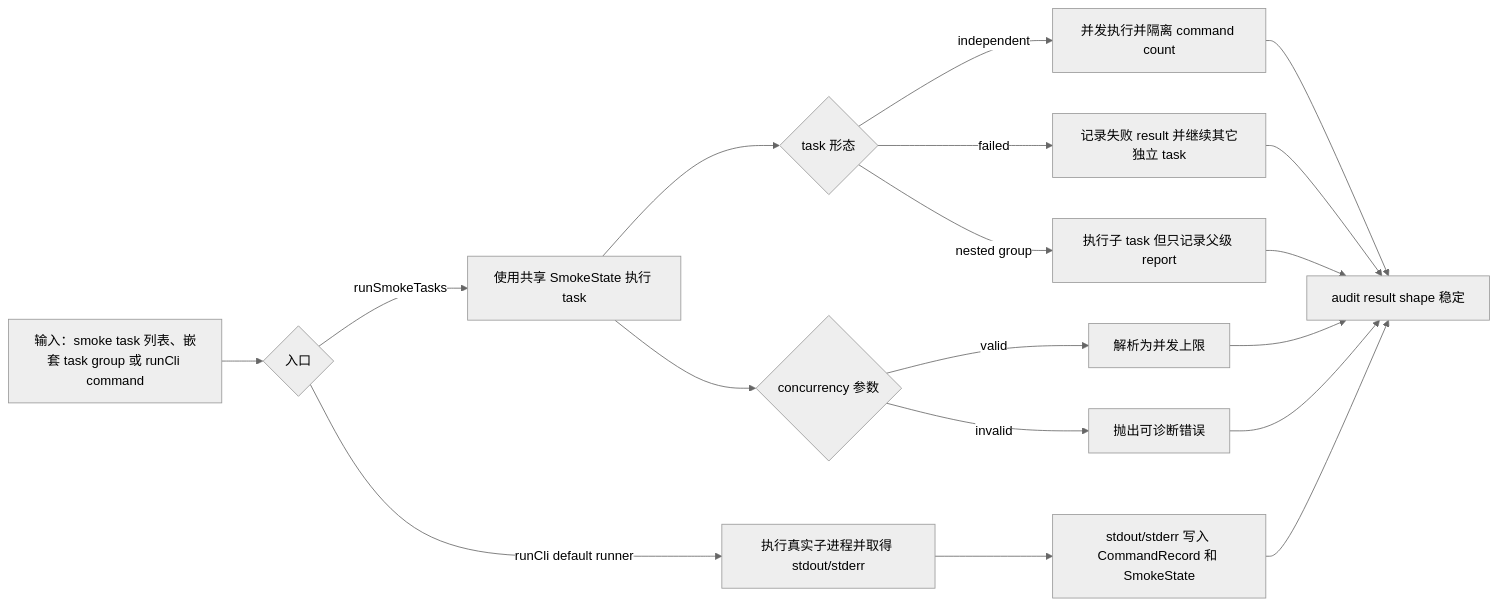
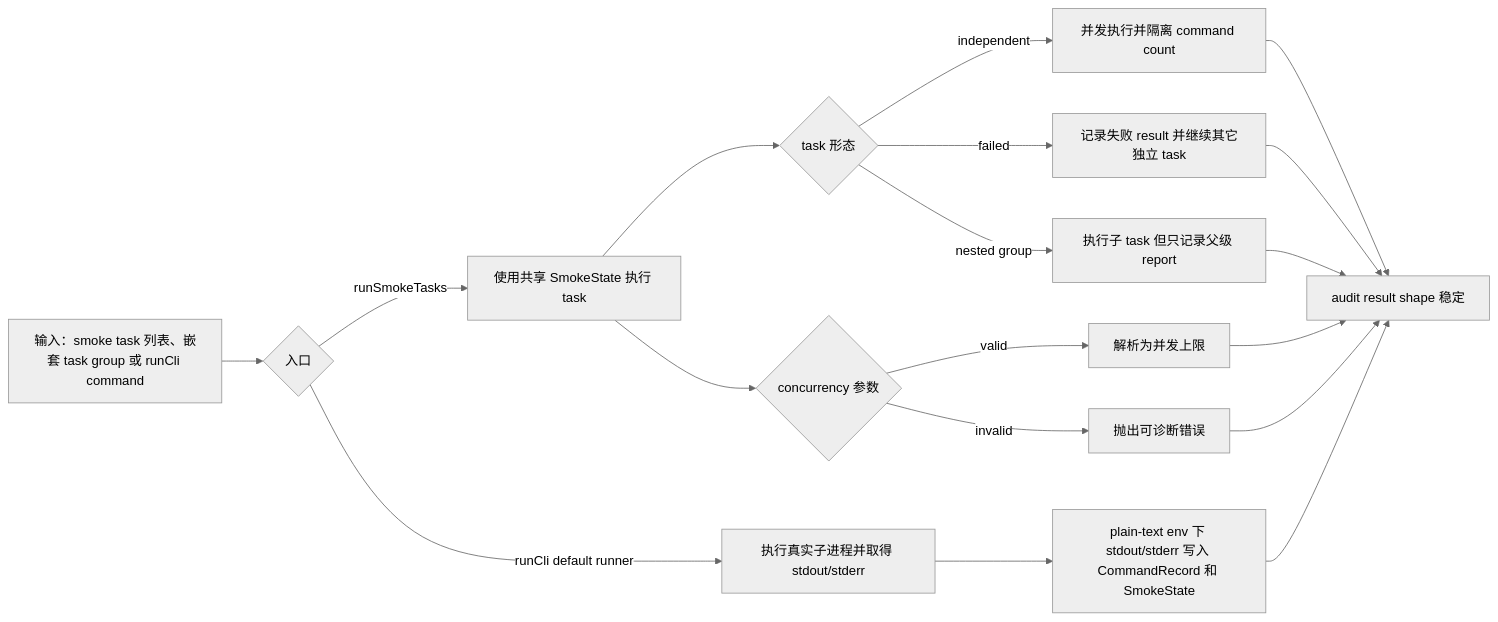
The fifth of 8 diagrams in docs/testing/cases.md (zxyycom/docnav), drawn with Mermaid (neutral theme) before and after one commit. The commit also changed other lines of this file and 3 other files, not shown here.

````diff
--- a/docs/testing/cases.md
+++ b/docs/testing/cases.md
@@ -830,20 +830,20 @@
 ```mermaid
 flowchart LR
   A["输入：smoke task 列表、嵌套 task group 或 runCli command"] --> B{"入口"}
   B -->|"runSmokeTasks"| C["使用共享 SmokeState 执行 task"]
   B -->|"runCli default runner"| K["执行真实子进程并取得 stdout/stderr"]
   C --> D{"task 形态"}
   D -->|"independent"| E["并发执行并隔离 command count"]
   D -->|"failed"| F["记录失败 result 并继续其它独立 task"]
   D -->|"nested group"| G["执行子 task 但只记录父级 report"]
   C --> H{"concurrency 参数"}
   H -->|"valid"| I["解析为并发上限"]
   H -->|"invalid"| J["抛出可诊断错误"]
-  K --> L["stdout/stderr 写入 CommandRecord 和 SmokeState"]
+  K --> L["plain-text env 下 stdout/stderr 写入 CommandRecord 和 SmokeState"]
   E --> M["audit result shape 稳定"]
   F --> M
   G --> M
   I --> M
   J --> M
   L --> M
 ```
````
